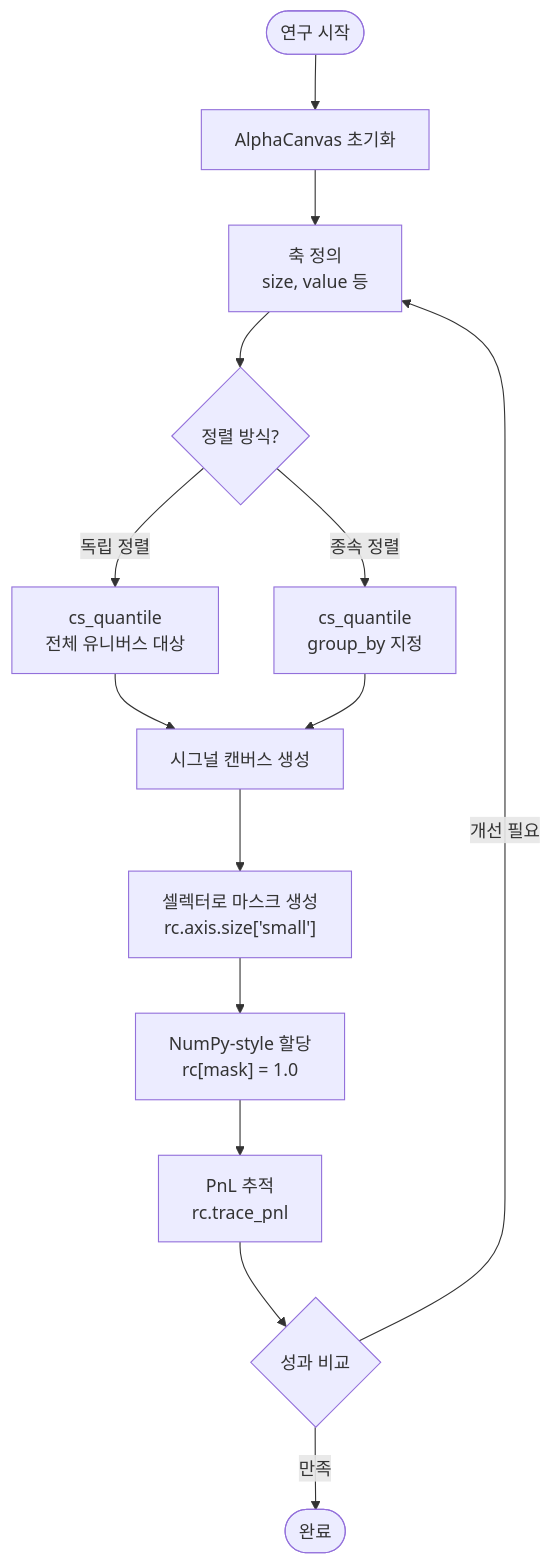
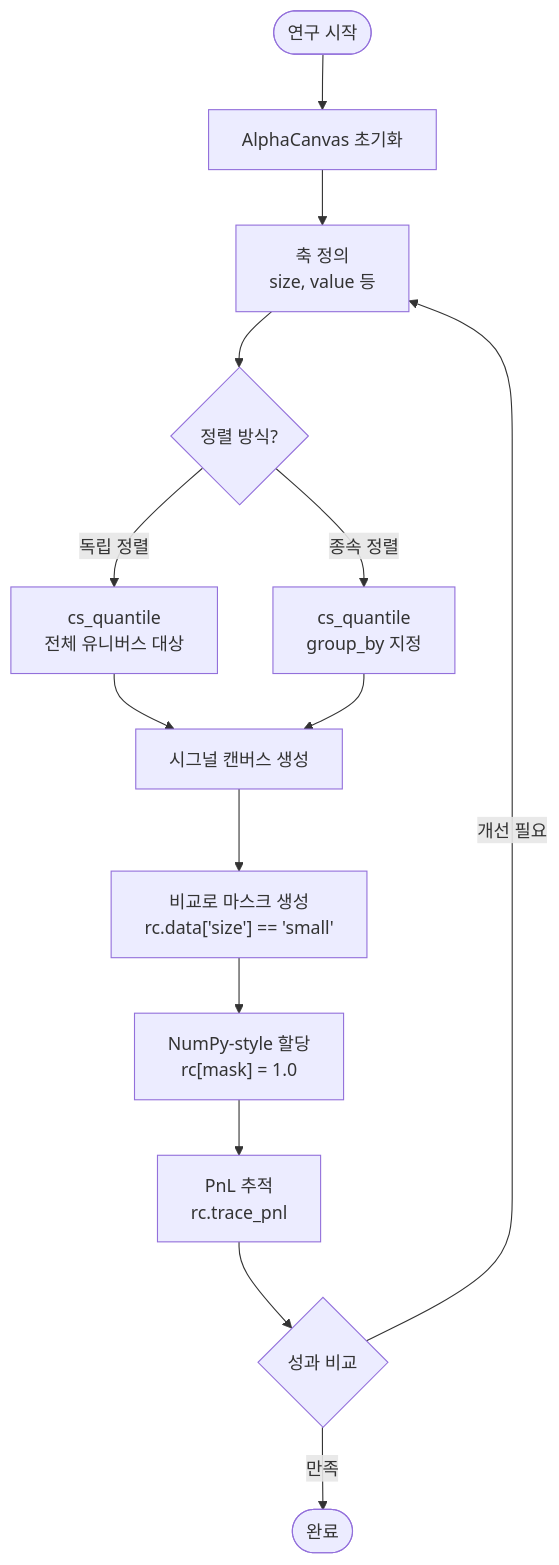
One commit to jaepil-choi/alpha-excel changed the second of 3 diagrams in docs/vibe_coding/prd.md. Above: the diagram before and after it, drawn with Mermaid. The commit also changed other lines of this file, not shown here.

First line of the commit message:
docs(phase7b): update PRD to remove rc.axis, use rc.data pattern

````diff
--- a/docs/vibe_coding/prd.md
+++ b/docs/vibe_coding/prd.md
@@ -28,19 +28,19 @@
 ```mermaid
 flowchart TD
     Start(["연구 시작"]) --> Init["AlphaCanvas 초기화"]
     Init --> DefineAxes["축 정의<br/>size, value 등"]
     DefineAxes --> IndSort{"정렬 방식?"}
     
     IndSort -->|"독립 정렬"| Ind["cs_quantile<br/>전체 유니버스 대상"]
     IndSort -->|"종속 정렬"| Dep["cs_quantile<br/>group_by 지정"]
     
     Ind --> Canvas["시그널 캔버스 생성"]
     Dep --> Canvas
     
-    Canvas --> Select["셀렉터로 마스크 생성<br/>rc.axis.size['small']"]
+    Canvas --> Select["비교로 마스크 생성<br/>rc.data['size'] == 'small'"]
     Select --> Assign["NumPy-style 할당<br/>rc[mask] = 1.0"]
     Assign --> PnL["PnL 추적<br/>rc.trace_pnl"]
     PnL --> Compare{"성과 비교"}
     Compare -->|"개선 필요"| DefineAxes
     Compare -->|"만족"| End(["완료"])
 ```
````
